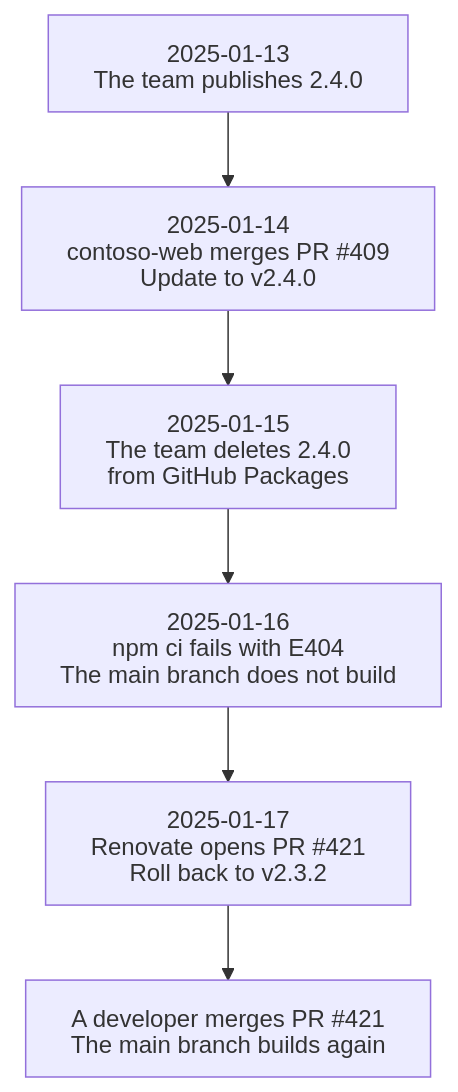
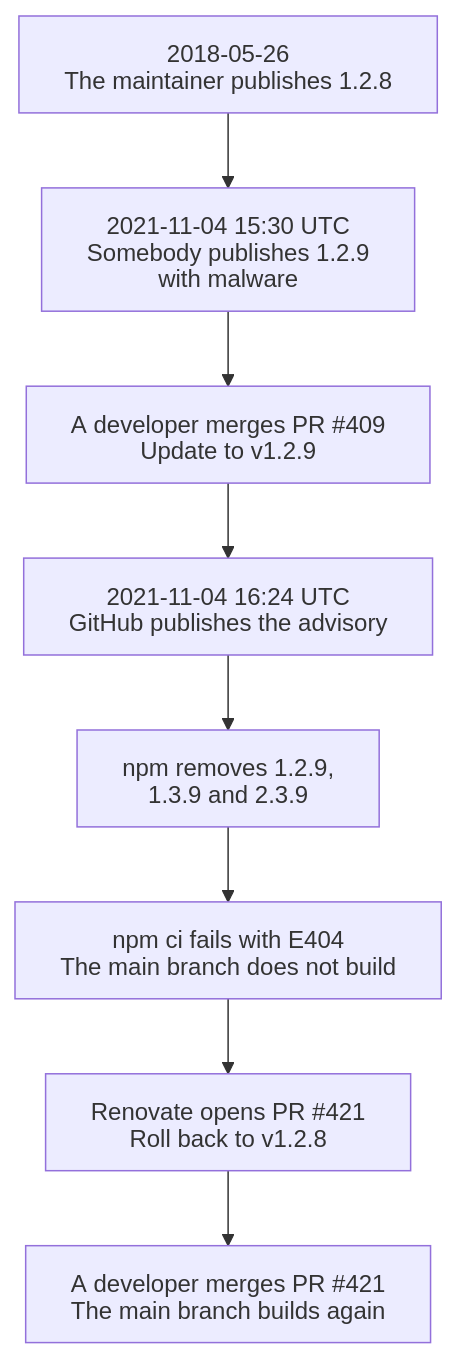
The first of 2 diagrams in features/08-rollback-prs/README.md (Susling/renovate-talk-examples), drawn with Mermaid before and after one commit. The commit also changed other lines of this file and 5 other files, not shown here.

````diff
--- a/features/08-rollback-prs/README.md
+++ b/features/08-rollback-prs/README.md
@@ -15,11 +15,13 @@
 ```mermaid
 %%{init: {"htmlLabels": false, "flowchart": {"htmlLabels": false, "wrappingWidth": 400}}}%%
 flowchart TD
-    A["2025-01-13<br/>The team publishes 2.4.0"]
-    B["2025-01-14<br/>contoso-web merges PR #409<br/>Update to v2.4.0"]
-    C["2025-01-15<br/>The team deletes 2.4.0<br/>from GitHub Packages"]
-    D["2025-01-16<br/>npm ci fails with E404<br/>The main branch does not build"]
-    E["2025-01-17<br/>Renovate opens PR #421<br/>Roll back to v2.3.2"]
-    F["A developer merges PR #421<br/>The main branch builds again"]
-    A --> B --> C --> D --> E --> F
+    A["2018-05-26<br/>The maintainer publishes 1.2.8"]
+    B["2021-11-04 15:30 UTC<br/>Somebody publishes 1.2.9<br/>with malware"]
+    C["A developer merges PR #409<br/>Update to v1.2.9"]
+    D["2021-11-04 16:24 UTC<br/>GitHub publishes the advisory"]
+    E["npm removes 1.2.9,<br/>1.3.9 and 2.3.9"]
+    F["npm ci fails with E404<br/>The main branch does not build"]
+    G["Renovate opens PR #421<br/>Roll back to v1.2.8"]
+    H["A developer merges PR #421<br/>The main branch builds again"]
+    A --> B --> C --> D --> E --> F --> G --> H
 ```
````
